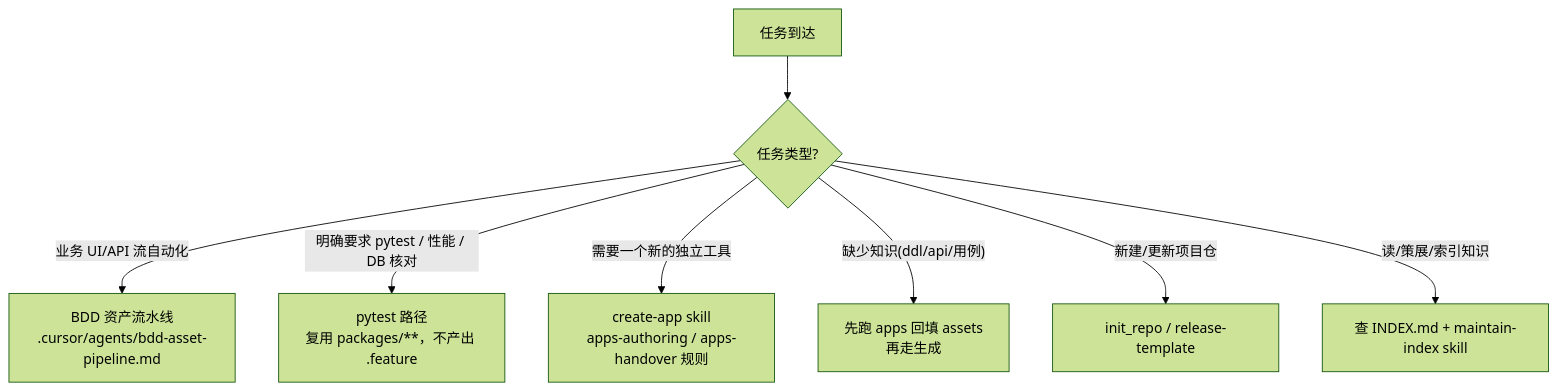
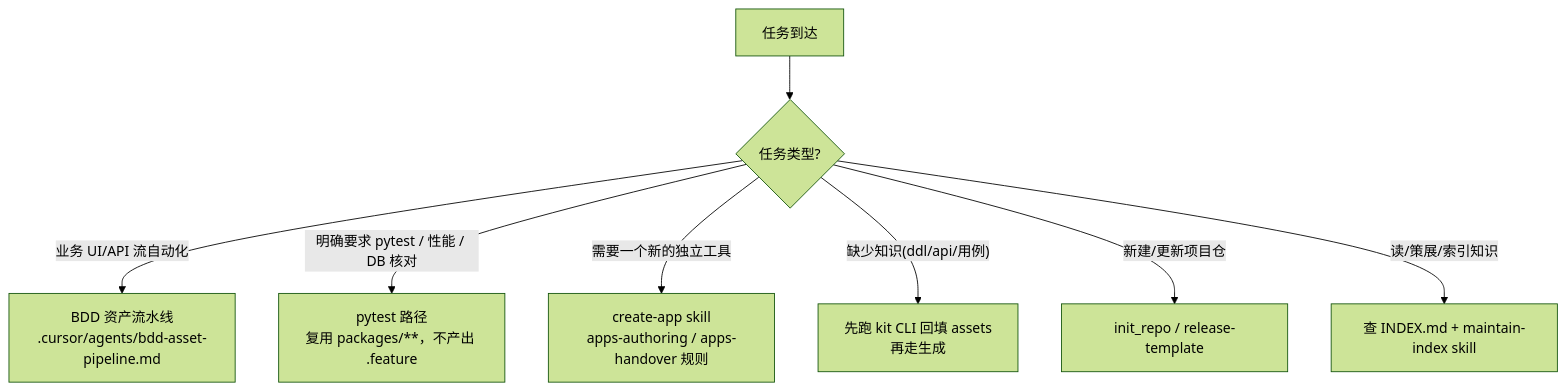
The diagram in AGENTS.md (chenjianpeng97/Repo-as-a-TestPlatform), drawn with Mermaid (forest theme) before and after one commit. The commit also changed other lines of this file and 314 other files, not shown here.

````diff
--- a/AGENTS.md
+++ b/AGENTS.md
@@ -39,10 +40,10 @@
 ```mermaid
 flowchart TD
   Start[任务到达] --> Q{任务类型?}
   Q -->|"业务 UI/API 流自动化"| BDD["BDD 资产流水线\n.cursor/agents/bdd-asset-pipeline.md"]
   Q -->|"明确要求 pytest / 性能 / DB 核对"| Pytest["pytest 路径\n复用 packages/**，不产出 .feature"]
   Q -->|"需要一个新的独立工具"| App["create-app skill\napps-authoring / apps-handover 规则"]
-  Q -->|"缺少知识(ddl/api/用例)"| Know["先跑 apps 回填 assets\n再走生成"]
+  Q -->|"缺少知识(ddl/api/用例)"| Know["先跑 kit CLI 回填 assets\n再走生成"]
   Q -->|"新建/更新项目仓"| Init["init_repo / release-template"]
   Q -->|"读/策展/索引知识"| Idx["查 INDEX.md + maintain-index skill"]
 ```
````
